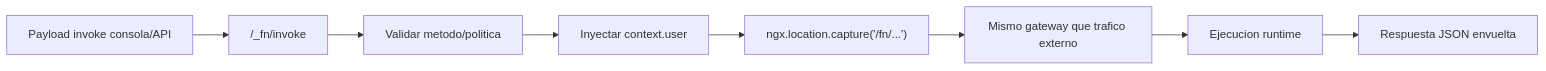
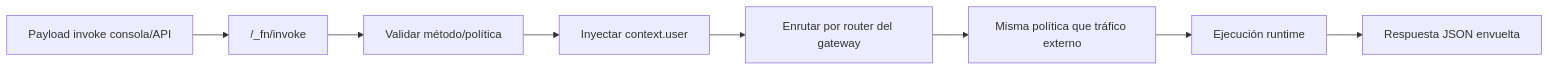
One commit to misaelzapata/fastfn changed the second of 3 diagrams in docs/es/explicacion/flujos-visuales.md. Above: the diagram before and after it, drawn with Mermaid. The commit also changed other lines of this file and 68 other files, not shown here.

````diff
--- a/docs/es/explicacion/flujos-visuales.md
+++ b/docs/es/explicacion/flujos-visuales.md
@@ -21,10 +21,10 @@
 ```mermaid
 flowchart LR
   A["Payload invoke consola/API"] --> B["/_fn/invoke"]
-  B --> C["Validar metodo/politica"]
+  B --> C["Validar método/política"]
   C --> D["Inyectar context.user"]
-  D --> E["ngx.location.capture('/fn/...')"]
-  E --> F["Mismo gateway que trafico externo"]
-  F --> G["Ejecucion runtime"]
+  D --> E["Enrutar por router del gateway"]
+  E --> F["Misma política que tráfico externo"]
+  F --> G["Ejecución runtime"]
   G --> H["Respuesta JSON envuelta"]
 ```
````
